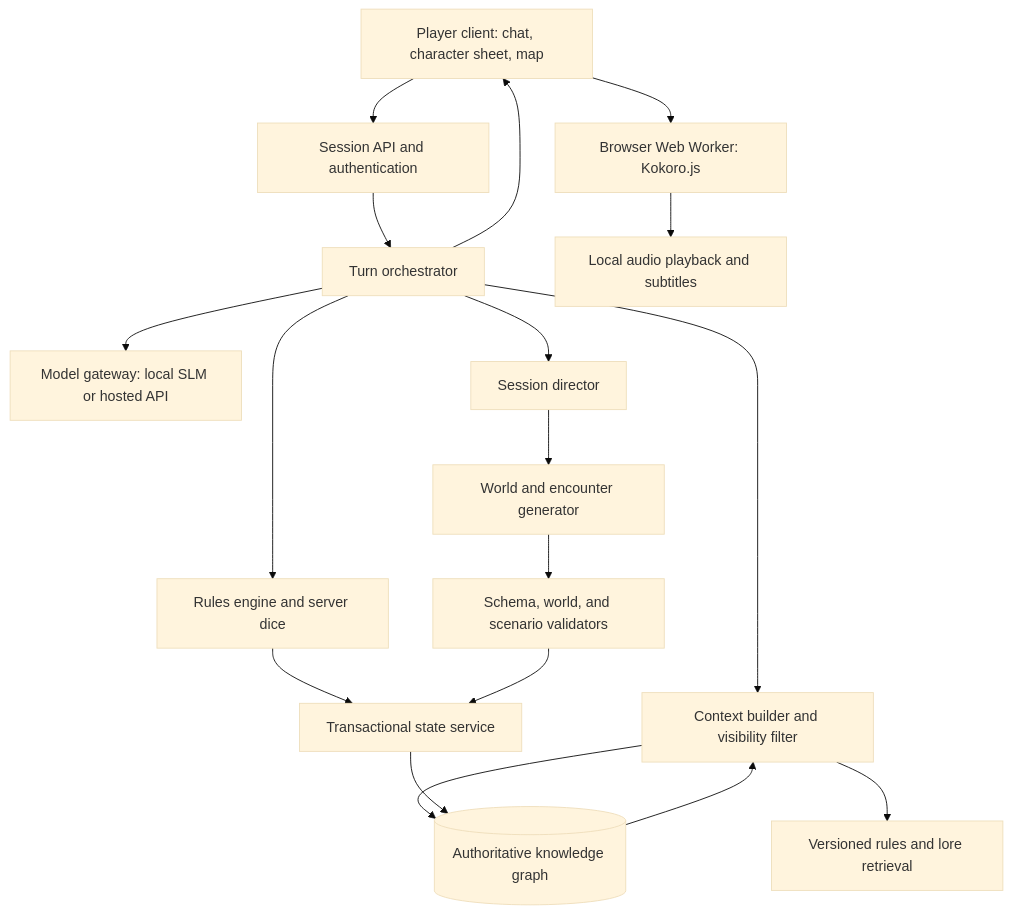
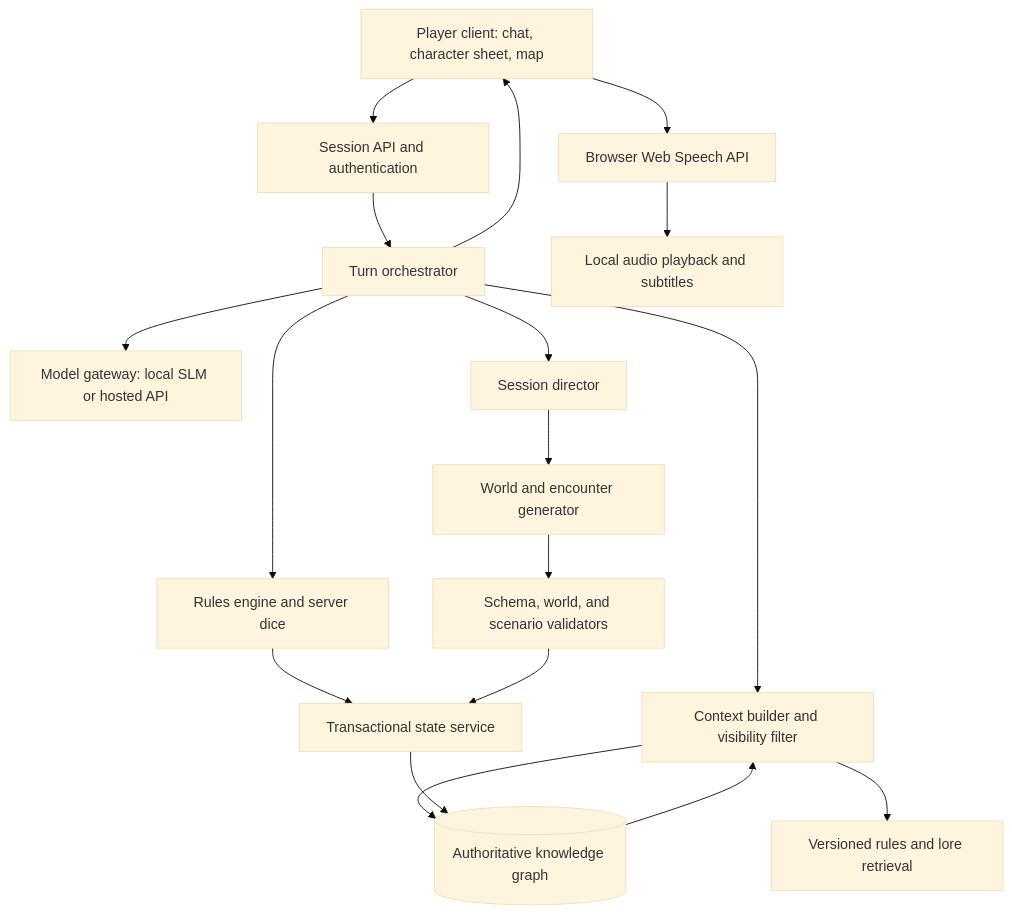
The diagram in ARCHITECTURE.md (TreyMurray00/emberkeep), drawn with Mermaid (base theme) before and after one commit. The commit also changed other lines of this file and 12 other files, not shown here.

````diff
--- a/ARCHITECTURE.md
+++ b/ARCHITECTURE.md
@@ -19,20 +19,20 @@
 ```mermaid
 flowchart TD
     UI[Player client: chat, character sheet, map] --> API[Session API and authentication]
     API --> O[Turn orchestrator]
     O --> C[Context builder and visibility filter]
     C --> G[(Authoritative knowledge graph)]
     C --> R[Versioned rules and lore retrieval]
     O --> M[Model gateway: local SLM or hosted API]
     O --> E[Rules engine and server dice]
     O --> D[Session director]
     D --> W[World and encounter generator]
     W --> V[Schema, world, and scenario validators]
     E --> T[Transactional state service]
     V --> T
     T --> G
     G --> C
     O --> UI
-    UI --> TTS[Browser Web Worker: Kokoro.js]
+    UI --> TTS[Browser Web Speech API]
     TTS --> Audio[Local audio playback and subtitles]
 ```
````
